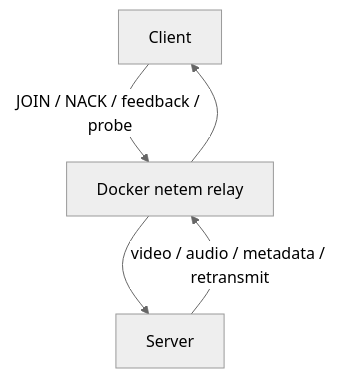
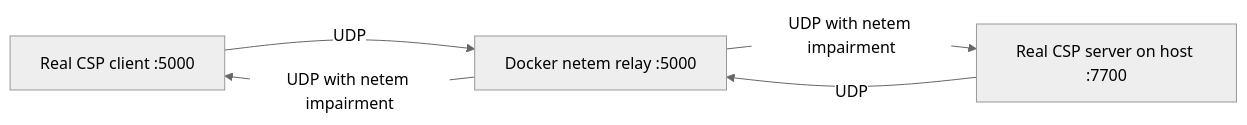
One commit to AzPepoze/stream-screen-protocol changed the diagram in tests/netem/README.md. Above: the diagram before and after it, drawn with Mermaid (neutral theme). The commit also changed other lines of this file and 13 other files, not shown here.

Commit message:
refactor: consolidate netem relay test infrastructure with preset-based configurations and unified deployment

````diff
--- a/tests/netem/README.md
+++ b/tests/netem/README.md
@@ -77,9 +7,7 @@
 ```mermaid
-flowchart TD
-    C[Client]
-    -->|JOIN / NACK / feedback / probe| R[Docker netem relay]
-    --> S[Server]
-
-    S -->|video / audio / metadata / retransmit| R
-    --> C
+flowchart LR
+    C[Real CSP client :5000] -->|UDP| R[Docker netem relay :5000]
+    R -->|UDP with netem impairment| S[Real CSP server on host :7700]
+    S -->|UDP| R
+    R -->|UDP with netem impairment| C
 ```
````
